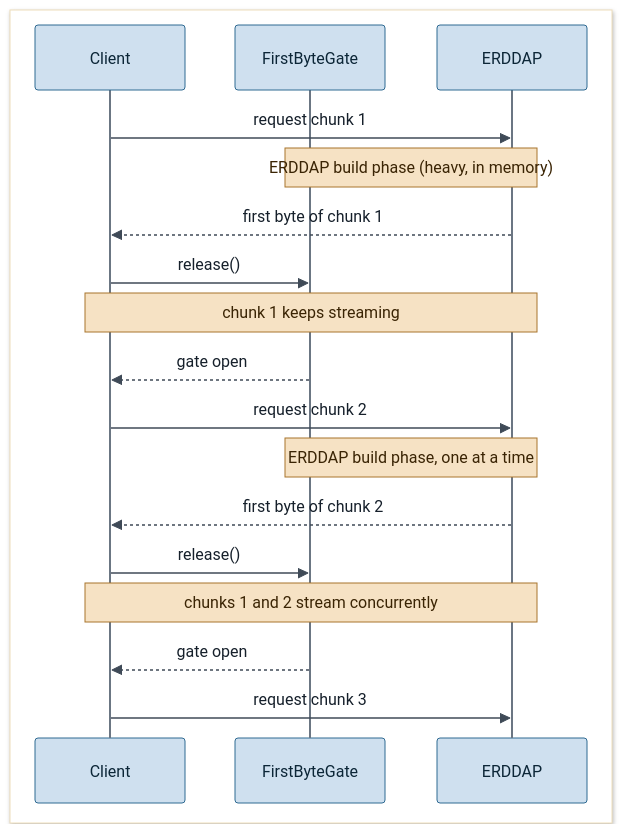
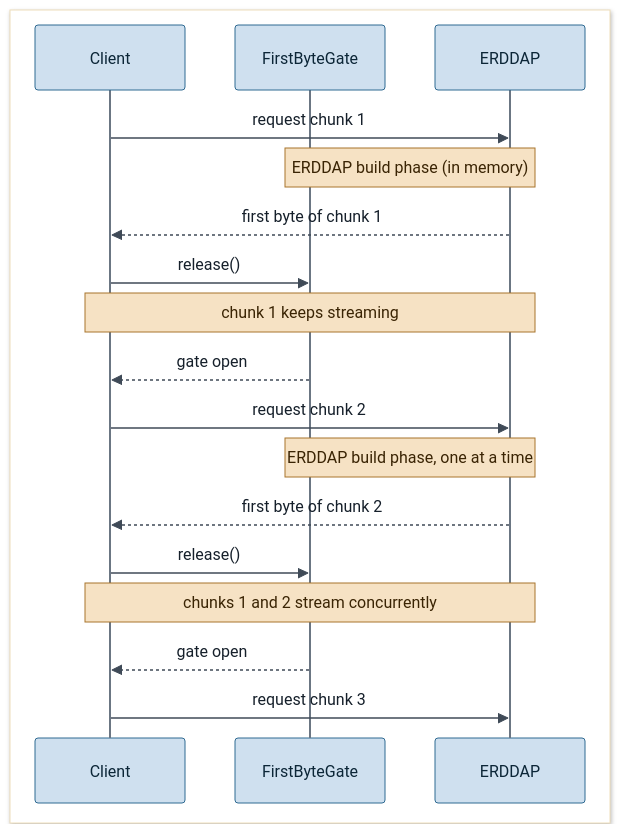
Before and after one commit to mahi-anol/GSoC26-Enhancing-CrocoLakeTools-with-IOOS-Data-Sync-from-ERDDAP: the fifth of 6 diagrams in FINAL_REPORT.md, drawn with Mermaid. The commit also changed other lines of this file, not shown here.

````diff
--- a/FINAL_REPORT.md
+++ b/FINAL_REPORT.md
@@ -242,22 +236,22 @@
 ```mermaid
 %%{init: {'theme':'base','themeVariables':{'fontSize':'14px','actorBkg':'#cfe0ef','actorBorder':'#2f6a92','actorTextColor':'#0c2637','actorLineColor':'#6b7683','signalColor':'#3f4a57','signalTextColor':'#16202b','noteBkgColor':'#f6e2c4','noteTextColor':'#3a2404','noteBorderColor':'#a8752c','labelBoxBkgColor':'#cfe0ef','labelBoxBorderColor':'#2f6a92','labelTextColor':'#0c2637'}}}%%
 sequenceDiagram
     box rgb(255,255,255) 
     participant C as Client
     participant G as FirstByteGate
     participant S as ERDDAP
     end
     C->>S: request chunk 1
-    Note over G,S: ERDDAP build phase (heavy, in memory)
+    Note over G,S: ERDDAP build phase (in memory)
     S-->>C: first byte of chunk 1
     C->>G: release()
     Note over C,S: chunk 1 keeps streaming
     G-->>C: gate open
     C->>S: request chunk 2
     Note over G,S: ERDDAP build phase, one at a time
     S-->>C: first byte of chunk 2
     C->>G: release()
     Note over C,S: chunks 1 and 2 stream concurrently
     G-->>C: gate open
     C->>S: request chunk 3
 ```
````
